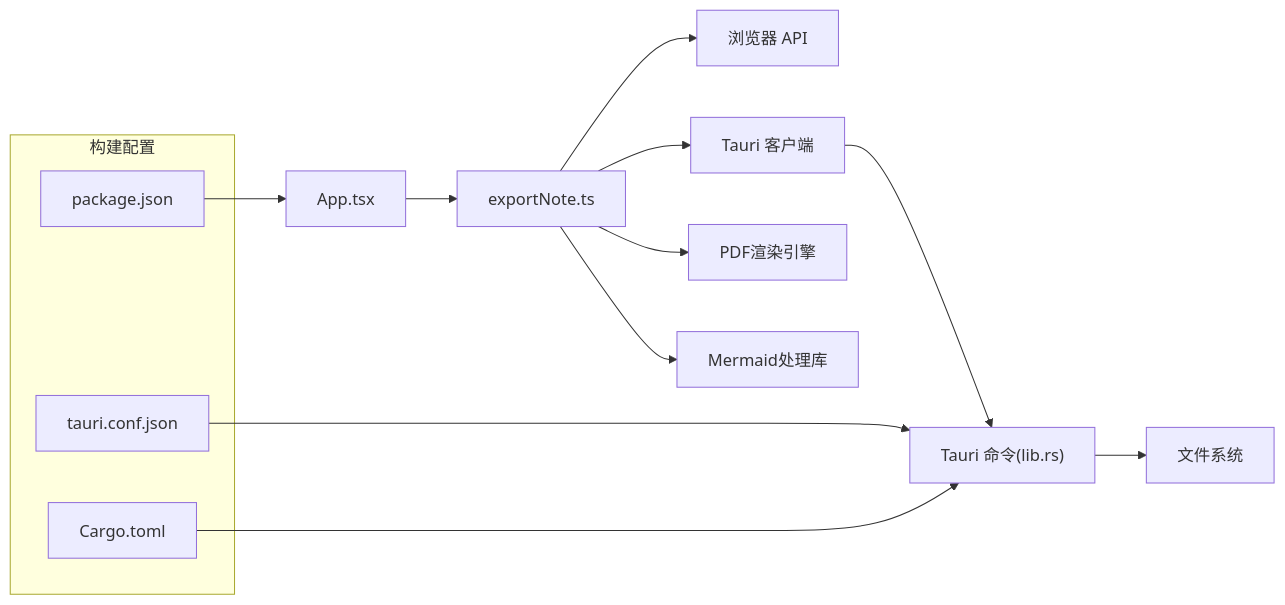
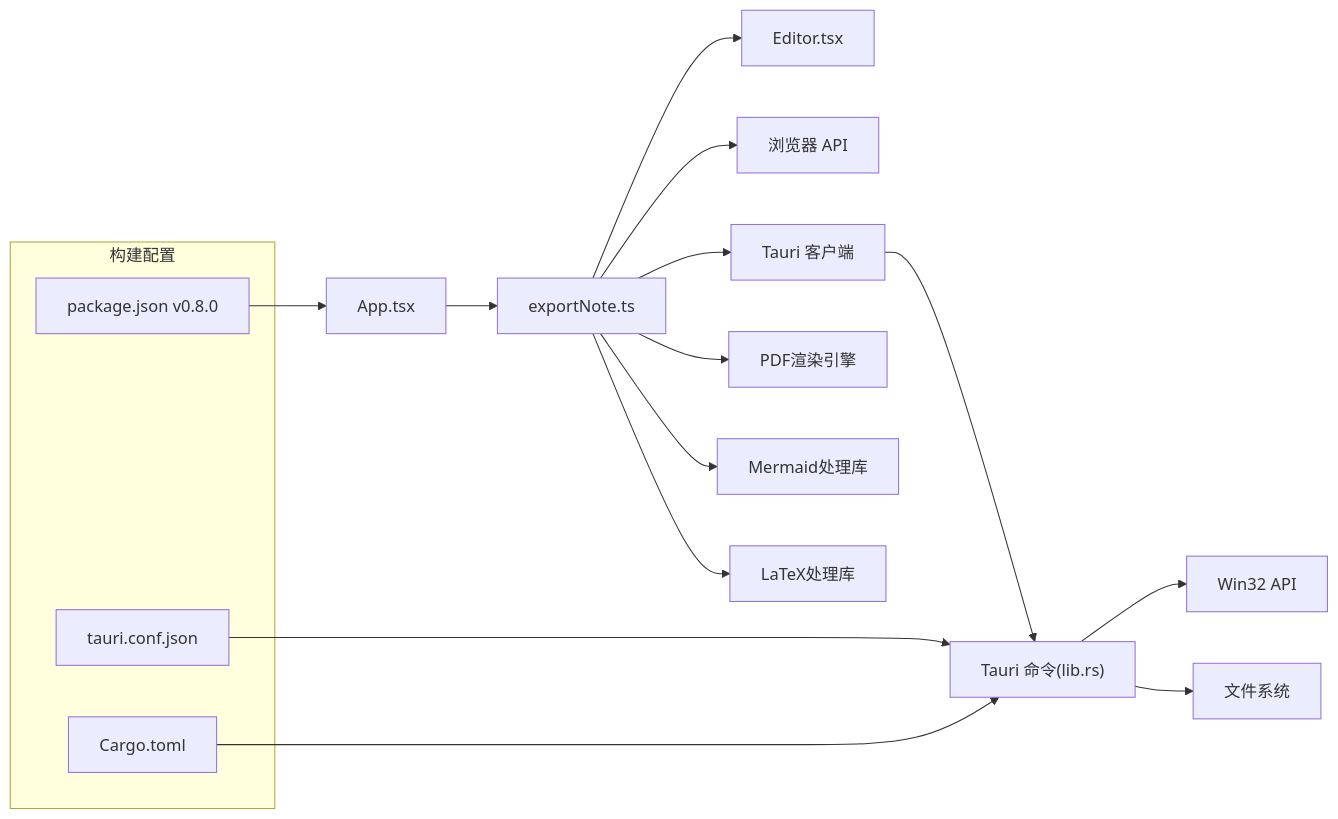
Before and after one commit to gongshiyun/ZenNote: the fourth of 4 diagrams in .qoder/repowiki/zh/content/核心组件/导出功能.md, drawn with Mermaid. The commit also changed other lines of this file and 88 other files, not shown here.

````diff
--- a/.qoder/repowiki/zh/content/核心组件/导出功能.md
+++ b/.qoder/repowiki/zh/content/核心组件/导出功能.md
@@ -263,18 +299,21 @@
 ```mermaid
 graph LR
 App["App.tsx"] --> ExportLib["exportNote.ts"]
+ExportLib --> Editor["Editor.tsx"]
 ExportLib --> BrowserAPI["浏览器 API"]
 ExportLib --> TauriClient["Tauri 客户端"]
 ExportLib --> PDFEngine["PDF渲染引擎"]
 ExportLib --> MermaidLib["Mermaid处理库"]
+ExportLib --> LaTeXLib["LaTeX处理库"]
 TauriClient --> TauriCmd["Tauri 命令(lib.rs)"]
+TauriCmd --> Win32API["Win32 API"]
 TauriCmd --> FS["文件系统"]
 subgraph "构建配置"
-Pkg["package.json"]
+Pkg["package.json v0.8.0"]
 TauriConf["tauri.conf.json"]
 Cargo["Cargo.toml"]
 end
 Pkg --> App
 TauriConf --> TauriCmd
 Cargo --> TauriCmd
 ```
````
